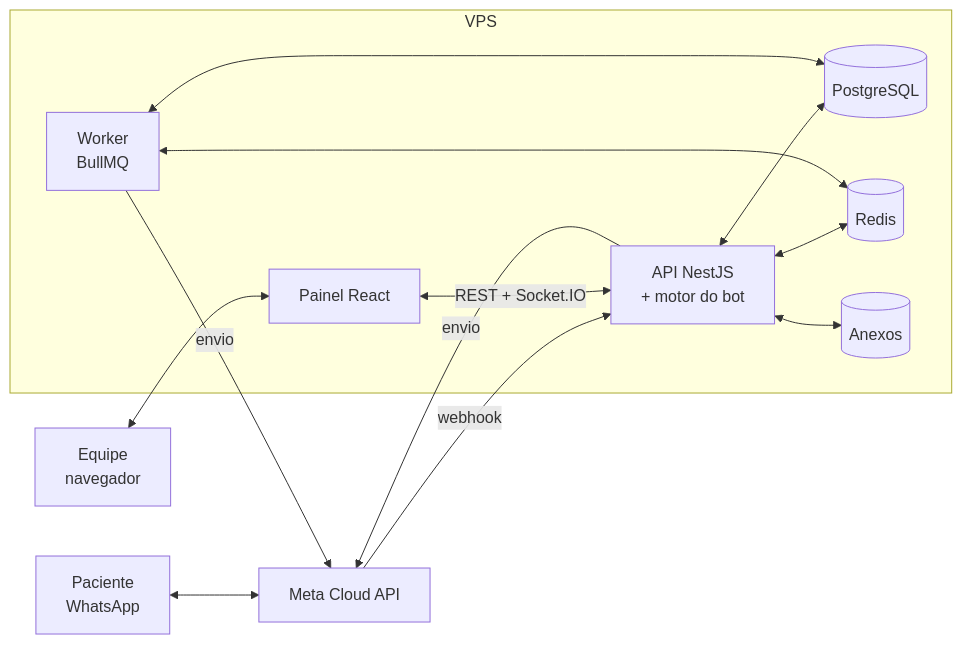
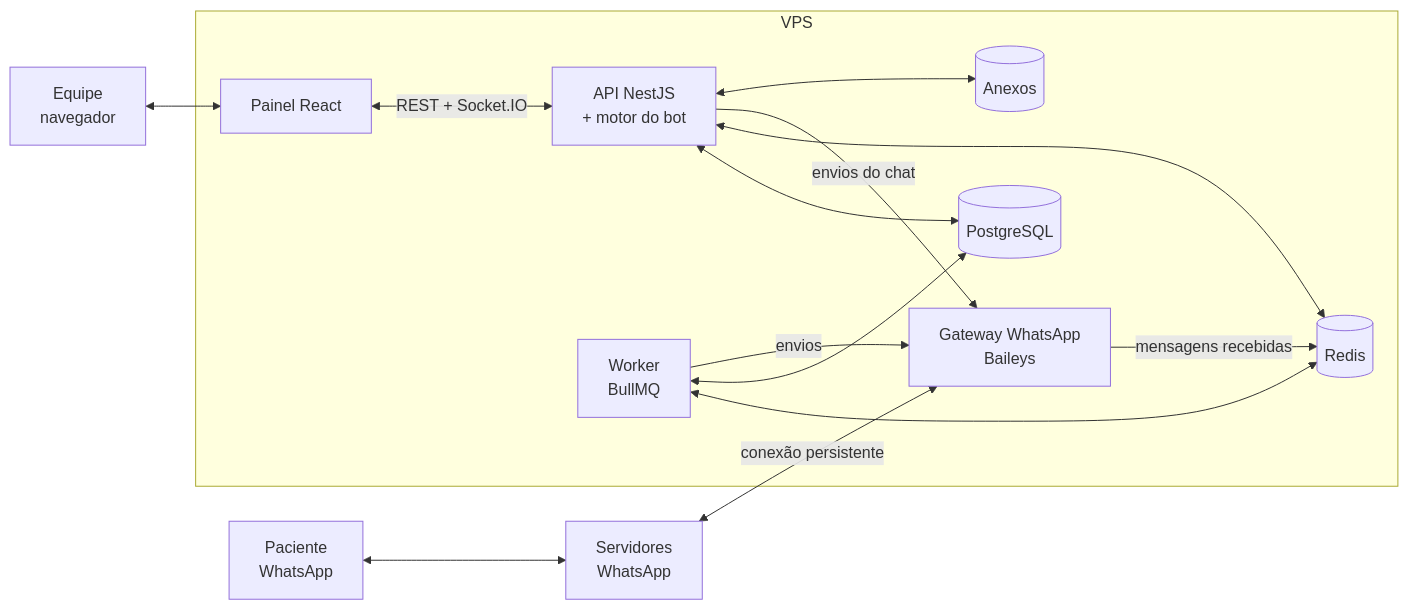
Before and after one commit to thompsoncysneiros/json-server-template: the first of 2 diagrams in docs/ARQUITETURA.md, drawn with Mermaid. The commit also changed other lines of this file and 3 other files, not shown here.

First line of the commit message:
Plan: CPF as the only patient identifier; WhatsApp via Baileys

````diff
--- a/docs/ARQUITETURA.md
+++ b/docs/ARQUITETURA.md
@@ -30,24 +31,26 @@
 ```mermaid
 flowchart LR
-    P[Paciente<br/>WhatsApp] <--> M[Meta Cloud API]
-    M -- webhook --> API
-    API -- envio --> M
+    P[Paciente<br/>WhatsApp] <--> M[Servidores<br/>WhatsApp]
+    M <-- conexão persistente --> G
 
     subgraph VPS
+      G[Gateway WhatsApp<br/>Baileys]
       API[API NestJS<br/>+ motor do bot]
       W[Worker<br/>BullMQ]
       DB[(PostgreSQL)]
       R[(Redis)]
       F[(Anexos)]
       WEB[Painel React]
     end
 
     API <--> DB
     API <--> R
     W <--> R
     W <--> DB
-    W -- envio --> M
+    G -- mensagens recebidas --> R
+    W -- envios --> G
+    API -- envios do chat --> G
     API <--> F
     E[Equipe<br/>navegador] <--> WEB
     WEB <-- REST + Socket.IO --> API
 ```
````
